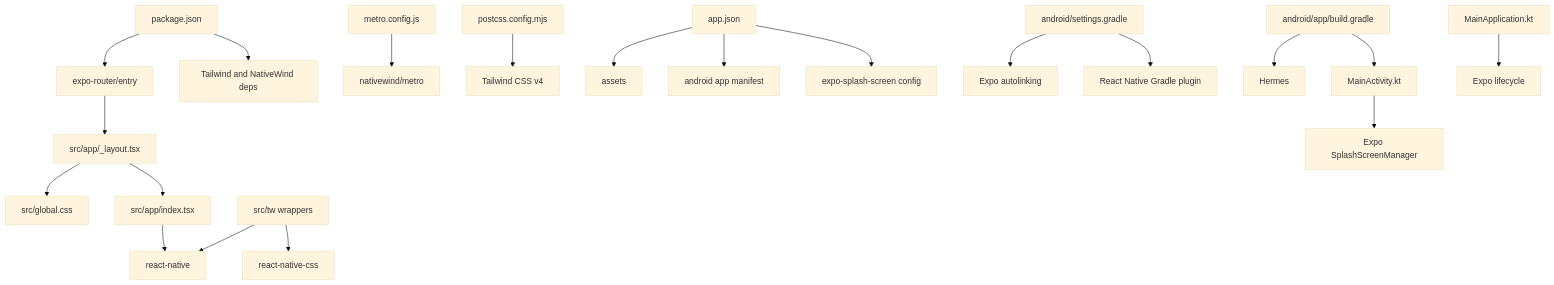
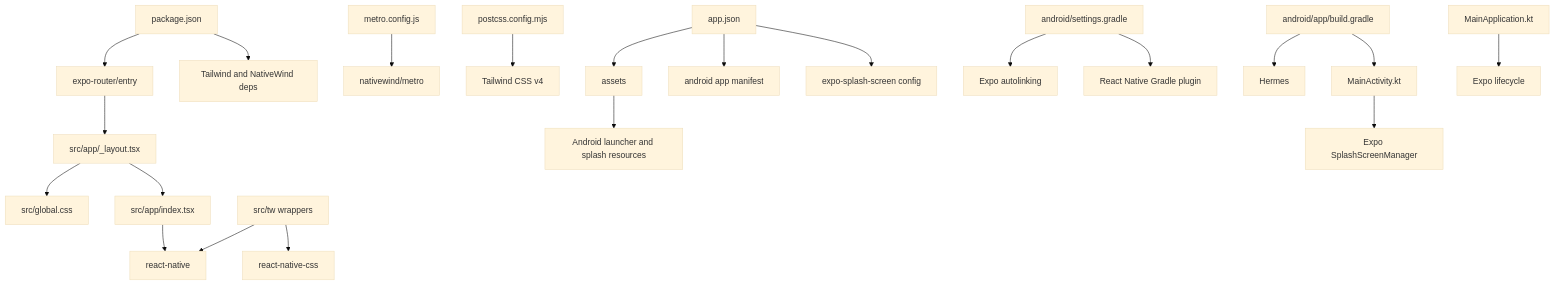
The diagram in docs/12-dependency-map.md (adi-de9/scoutlyai), drawn with Mermaid (base theme) before and after one commit. The commit also changed other lines of this file and 48 other files, not shown here.

````diff
--- a/docs/12-dependency-map.md
+++ b/docs/12-dependency-map.md
@@ -39,24 +40,25 @@
 ```mermaid
 flowchart TD
     Package[package.json] --> Entry[expo-router/entry]
     Package --> TailwindDeps[Tailwind and NativeWind deps]
     Entry --> Layout[src/app/_layout.tsx]
     Layout --> GlobalCSS[src/global.css]
     Layout --> Index[src/app/index.tsx]
     Index --> ReactNative[react-native]
     TW[src/tw wrappers] --> ReactNative
     TW --> ReactNativeCSS[react-native-css]
     Metro[metro.config.js] --> NativeWind[nativewind/metro]
     PostCSS[postcss.config.mjs] --> Tailwind[Tailwind CSS v4]
 
     AppJson[app.json] --> Assets[assets]
     AppJson --> AndroidManifest[android app manifest]
     AppJson --> Splash[expo-splash-screen config]
+    Assets --> AndroidBranding[Android launcher and splash resources]
 
     AndroidSettings[android/settings.gradle] --> ExpoAutolinking[Expo autolinking]
     AndroidSettings --> RNGradle[React Native Gradle plugin]
     AndroidBuild[android/app/build.gradle] --> Hermes[Hermes]
     AndroidBuild --> MainActivity[MainActivity.kt]
     MainActivity --> SplashManager[Expo SplashScreenManager]
     MainApplication[MainApplication.kt] --> ExpoLifecycle[Expo lifecycle]
 ```
````
